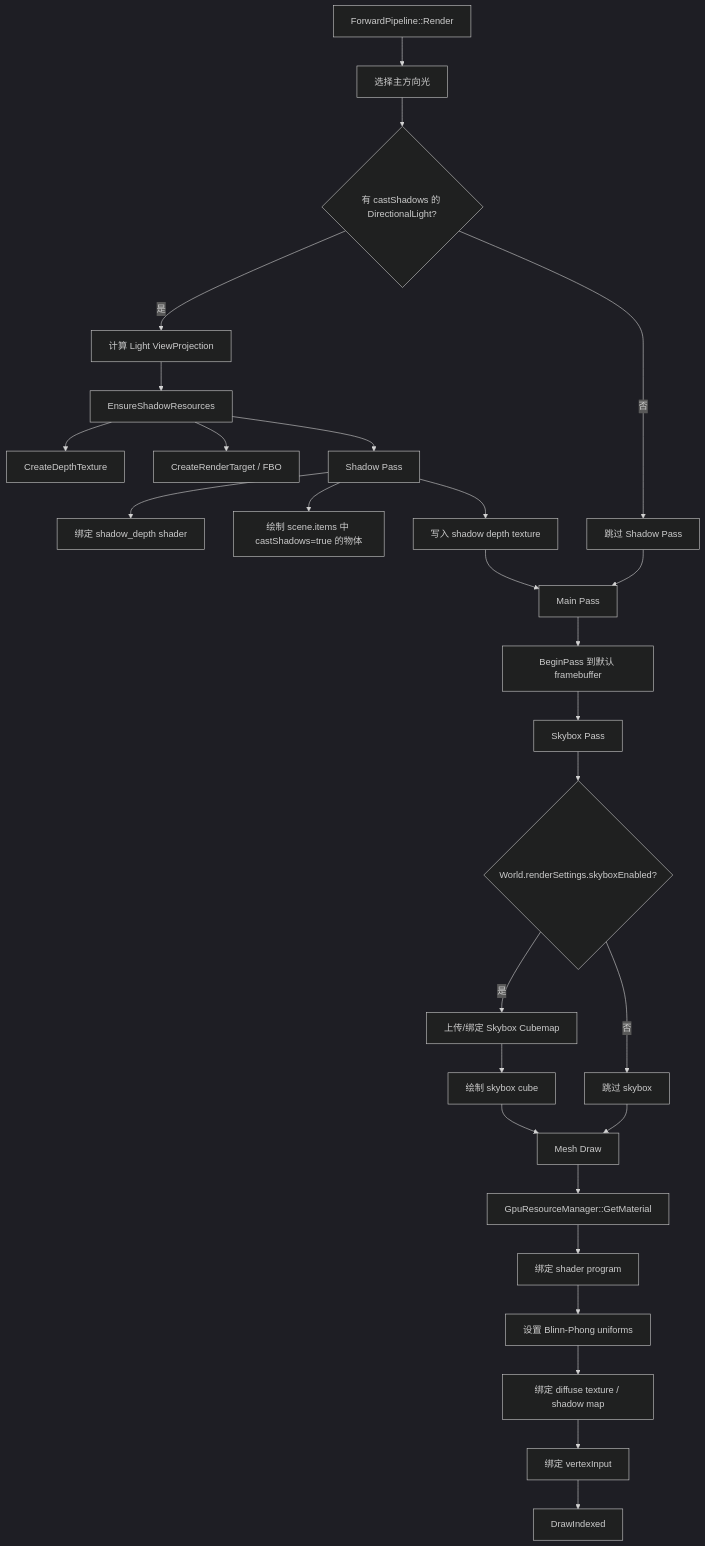
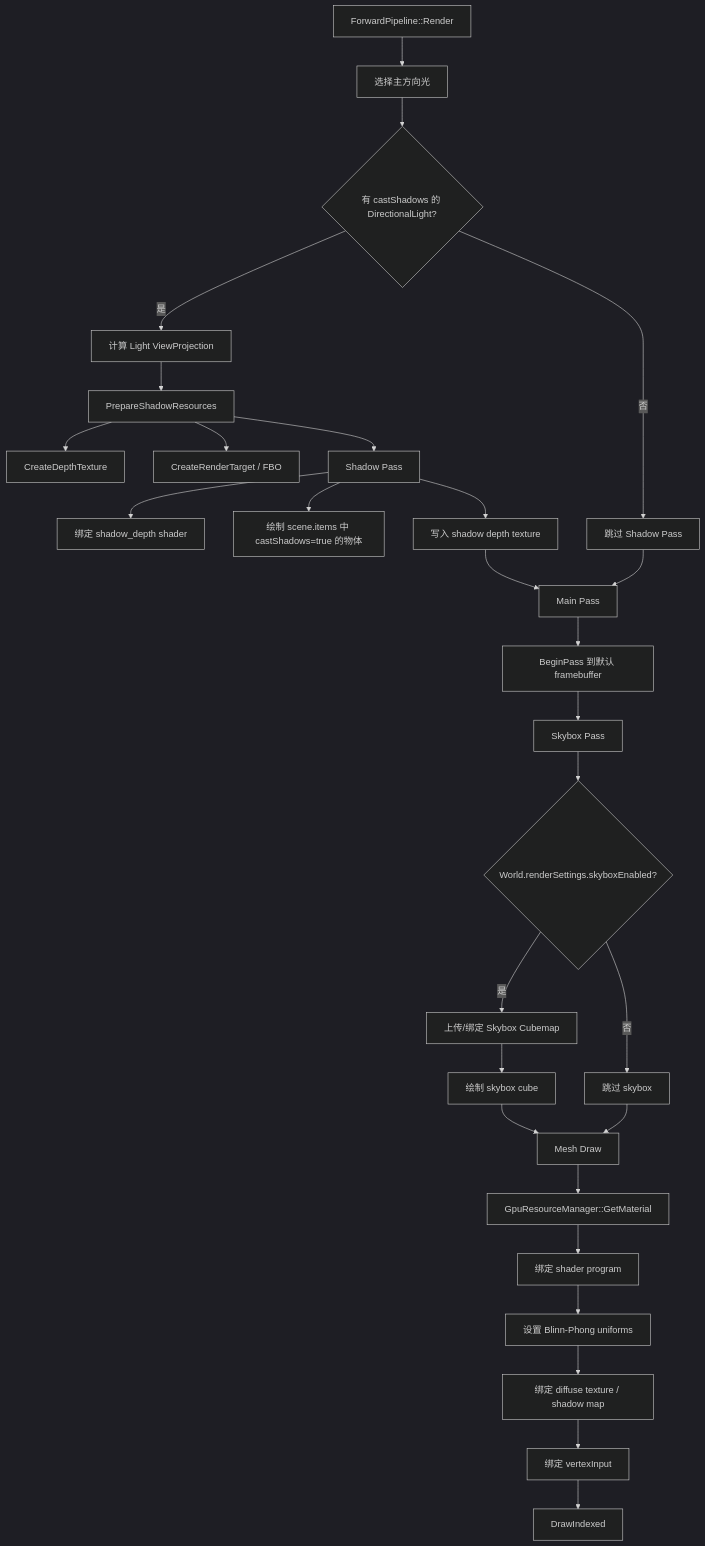
Before and after one commit to REW-Z/orbeden: the second of 4 diagrams in Docs/RenderingPipeline.md, drawn with Mermaid (dark theme). The commit also changed 66 other files, not shown here.

````diff
--- a/Docs/RenderingPipeline.md
+++ b/Docs/RenderingPipeline.md
@@ -37,35 +37,35 @@
 ```mermaid
 flowchart TD
     A[ForwardPipeline::Render] --> B[选择主方向光]
     B --> C{有 castShadows 的 DirectionalLight?}
 
     C -- 是 --> D[计算 Light ViewProjection]
-    D --> E[EnsureShadowResources]
+    D --> E[PrepareShadowResources]
     E --> E1[CreateDepthTexture]
     E --> E2[CreateRenderTarget / FBO]
     E --> F[Shadow Pass]
     F --> F1[绑定 shadow_depth shader]
     F --> F2[绘制 scene.items 中 castShadows=true 的物体]
     F --> F3[写入 shadow depth texture]
 
     C -- 否 --> G[跳过 Shadow Pass]
     F3 --> H[Main Pass]
     G --> H
 
     H --> H1[BeginPass 到默认 framebuffer]
     H1 --> I[Skybox Pass]
     I --> I1{World.renderSettings.skyboxEnabled?}
     I1 -- 是 --> I2[上传/绑定 Skybox Cubemap]
     I2 --> I3[绘制 skybox cube]
     I1 -- 否 --> J[跳过 skybox]
 
     I3 --> K[Mesh Draw]
     J --> K
 
     K --> K1[GpuResourceManager::GetMaterial]
     K1 --> K2[绑定 shader program]
     K2 --> K3[设置 Blinn-Phong uniforms]
     K3 --> K4[绑定 diffuse texture / shadow map]
     K4 --> K5[绑定 vertexInput]
     K5 --> K6[DrawIndexed]
 ```
````
